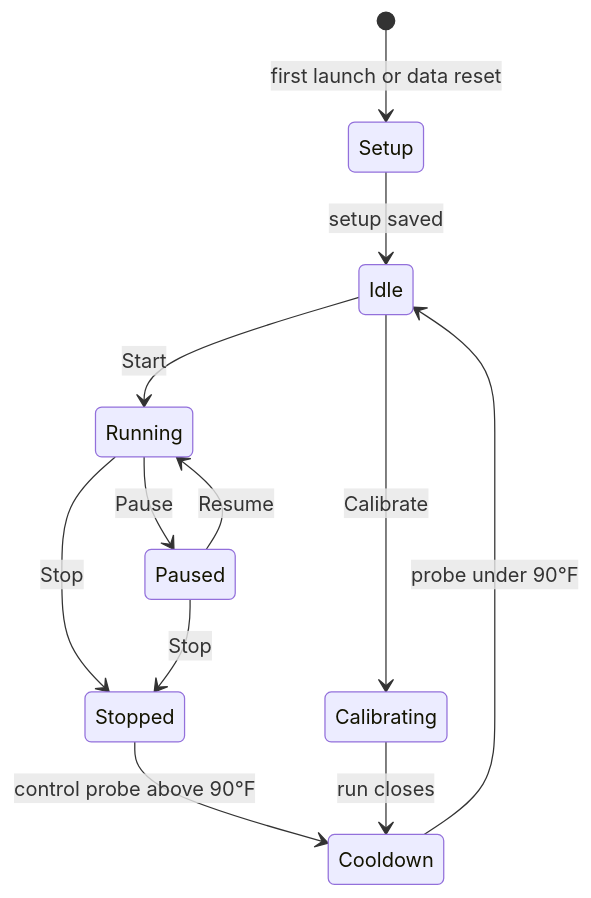
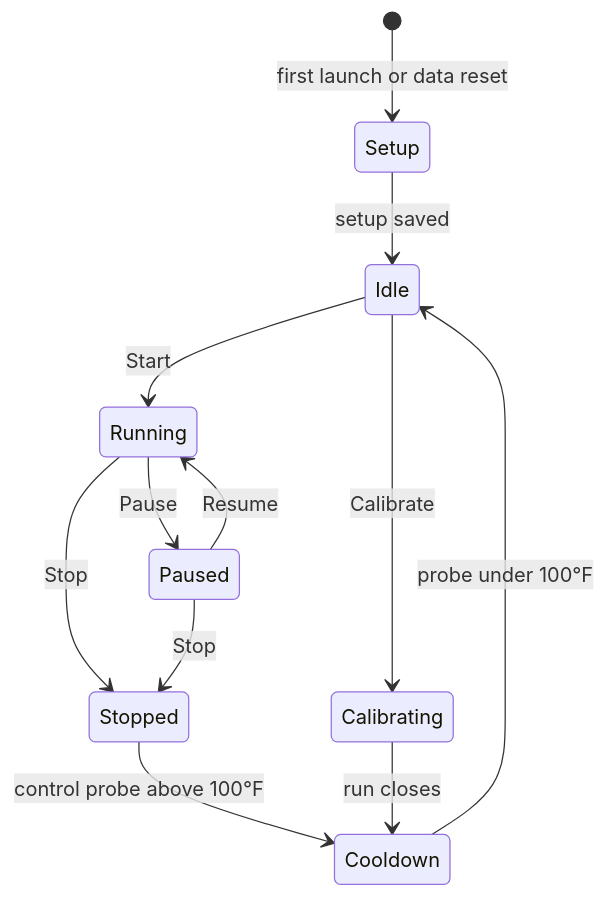
The diagram in README.md (anomaddev/Brewski), drawn with Mermaid before and after one commit. The commit also changed other lines of this file and 9 other files, not shown here.

````diff
--- a/README.md
+++ b/README.md
@@ -27,14 +27,14 @@
 ```mermaid
 stateDiagram-v2
     [*] --> Setup: first launch or data reset
     Setup --> Idle: setup saved
     Idle --> Running: Start
     Idle --> Calibrating: Calibrate
     Running --> Paused: Pause
     Paused --> Running: Resume
     Running --> Stopped: Stop
     Paused --> Stopped: Stop
-    Stopped --> Cooldown: control probe above 90°F
+    Stopped --> Cooldown: control probe above 100°F
     Calibrating --> Cooldown: run closes
-    Cooldown --> Idle: probe under 90°F
+    Cooldown --> Idle: probe under 100°F
 ```
````
